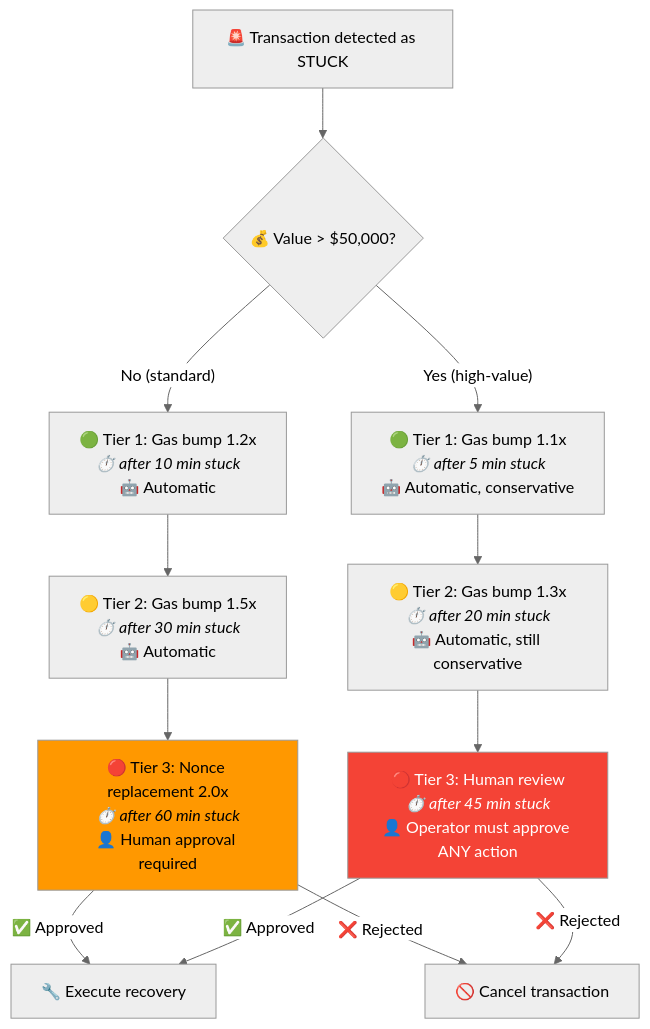
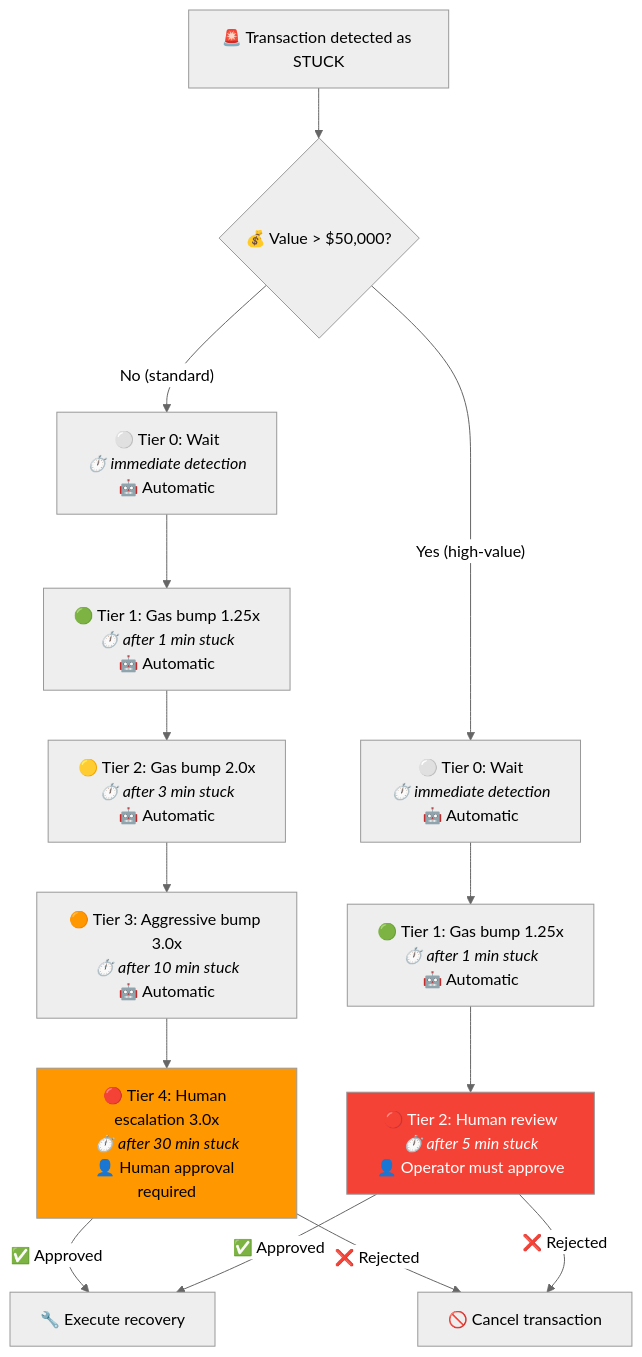
One commit to Puneethkumarck/stablebridge-tx-recovery changed the seventh of 9 diagrams in README.md. Above: the diagram before and after it, drawn with Mermaid (neutral theme). The commit also changed other lines of this file, not shown here.

First line of the commit message:
STR-103: fix CodeRabbit review comments on README

````diff
--- a/README.md
+++ b/README.md
@@ -579,21 +608,24 @@
 ```mermaid
 flowchart TB
     STUCK["🚨 Transaction detected as STUCK"] --> CHECK{"💰 Value > $50,000?"}
 
-    CHECK -->|"No (standard)"| T1S["🟢 Tier 1: Gas bump 1.2x<br/><i>⏱️ after 10 min stuck</i><br/>🤖 Automatic"]
-    CHECK -->|"Yes (high-value)"| T1H["🟢 Tier 1: Gas bump 1.1x<br/><i>⏱️ after 5 min stuck</i><br/>🤖 Automatic, conservative"]
+    CHECK -->|"No (standard)"| T0S["⚪ Tier 0: Wait<br/><i>⏱️ immediate detection</i><br/>🤖 Automatic"]
+    CHECK -->|"Yes (high-value)"| T0H["⚪ Tier 0: Wait<br/><i>⏱️ immediate detection</i><br/>🤖 Automatic"]
 
-    T1S --> T2S["🟡 Tier 2: Gas bump 1.5x<br/><i>⏱️ after 30 min stuck</i><br/>🤖 Automatic"]
-    T1H --> T2H["🟡 Tier 2: Gas bump 1.3x<br/><i>⏱️ after 20 min stuck</i><br/>🤖 Automatic, still conservative"]
+    T0S --> T1S["🟢 Tier 1: Gas bump 1.25x<br/><i>⏱️ after 1 min stuck</i><br/>🤖 Automatic"]
+    T0H --> T1H["🟢 Tier 1: Gas bump 1.25x<br/><i>⏱️ after 1 min stuck</i><br/>🤖 Automatic"]
 
-    T2S --> T3S["🔴 Tier 3: Nonce replacement 2.0x<br/><i>⏱️ after 60 min stuck</i><br/>👤 Human approval required"]
-    T2H --> T3H["🔴 Tier 3: Human review<br/><i>⏱️ after 45 min stuck</i><br/>👤 Operator must approve ANY action"]
+    T1S --> T2S["🟡 Tier 2: Gas bump 2.0x<br/><i>⏱️ after 3 min stuck</i><br/>🤖 Automatic"]
+    T1H --> T2H["🔴 Tier 2: Human review<br/><i>⏱️ after 5 min stuck</i><br/>👤 Operator must approve"]
 
-    T3S --> |"✅ Approved"| RECOVER["🔧 Execute recovery"]
-    T3S --> |"❌ Rejected"| CANCEL["🚫 Cancel transaction"]
-    T3H --> |"✅ Approved"| RECOVER
-    T3H --> |"❌ Rejected"| CANCEL
+    T2S --> T3S["🟠 Tier 3: Aggressive bump 3.0x<br/><i>⏱️ after 10 min stuck</i><br/>🤖 Automatic"]
+    T3S --> T4S["🔴 Tier 4: Human escalation 3.0x<br/><i>⏱️ after 30 min stuck</i><br/>👤 Human approval required"]
 
-    style T3S fill:#ff9800,color:#000
-    style T3H fill:#f44336,color:#fff
+    T4S --> |"✅ Approved"| RECOVER["🔧 Execute recovery"]
+    T4S --> |"❌ Rejected"| CANCEL["🚫 Cancel transaction"]
+    T2H --> |"✅ Approved"| RECOVER
+    T2H --> |"❌ Rejected"| CANCEL
+
+    style T4S fill:#ff9800,color:#000
+    style T2H fill:#f44336,color:#fff
 ```
````
